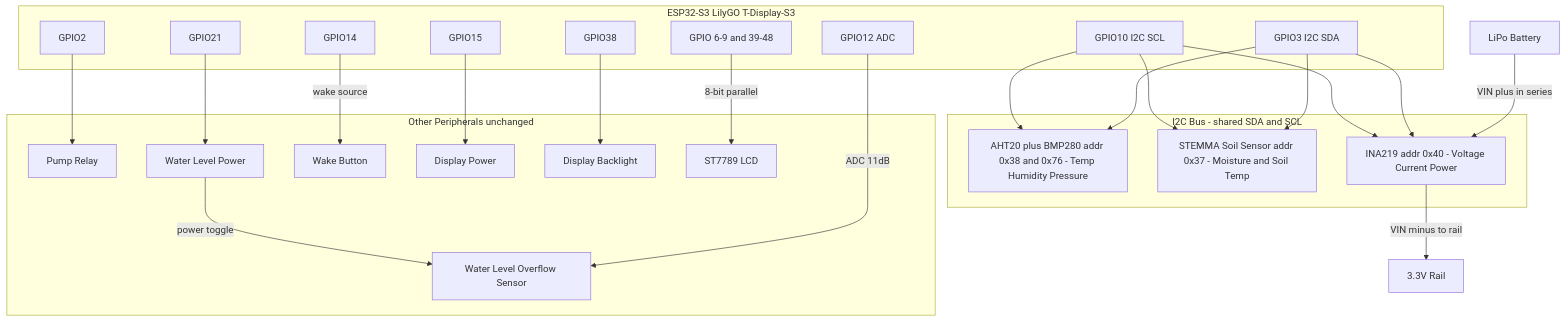
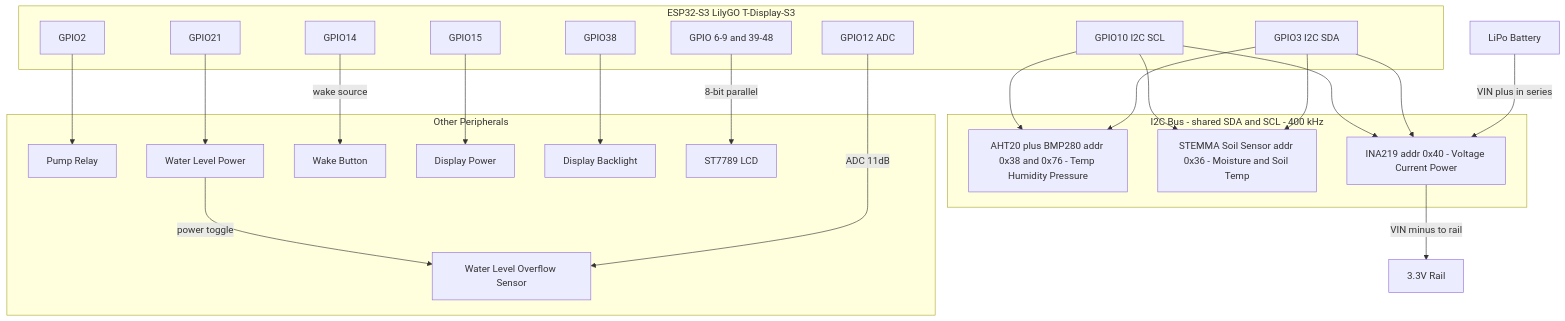
Before and after one commit to psytraxx/esp32-homecontrol-no-std-rs: the diagram in README.md, drawn with Mermaid. The commit also changed other lines of this file and 9 other files, not shown here.

````diff
--- a/README.md
+++ b/README.md
@@ -67,49 +20,49 @@
 ```mermaid
 graph TD
     subgraph MCU [ESP32-S3 LilyGO T-Display-S3]
         SDA[GPIO3 I2C SDA]
         SCL[GPIO10 I2C SCL]
         G2[GPIO2]
         G12[GPIO12 ADC]
         G14[GPIO14]
         G15[GPIO15]
         G21[GPIO21]
         G38[GPIO38]
         GDISP[GPIO 6-9 and 39-48]
     end
 
-    subgraph I2C [I2C Bus - shared SDA and SCL]
+    subgraph I2C [I2C Bus - shared SDA and SCL - 400 kHz]
         AHT[AHT20 plus BMP280 addr 0x38 and 0x76 - Temp Humidity Pressure]
-        SOIL[STEMMA Soil Sensor addr 0x37 - Moisture and Soil Temp]
+        SOIL[STEMMA Soil Sensor addr 0x36 - Moisture and Soil Temp]
         INA[INA219 addr 0x40 - Voltage Current Power]
     end
 
-    subgraph PERIPH [Other Peripherals unchanged]
+    subgraph PERIPH [Other Peripherals]
         RELAY[Pump Relay]
         WATER[Water Level Overflow Sensor]
         WPWR[Water Level Power]
         BTN[Wake Button]
         DPWR[Display Power]
         BL[Display Backlight]
         LCD[ST7789 LCD]
     end
 
     LIPO[LiPo Battery] -->|VIN plus in series| INA
     INA -->|VIN minus to rail| PWR[3.3V Rail]
 
     SDA --> AHT
     SDA --> SOIL
     SDA --> INA
     SCL --> AHT
     SCL --> SOIL
     SCL --> INA
 
     G2  --> RELAY
     G12 -->|ADC 11dB| WATER
     G21 --> WPWR
     WPWR -->|power toggle| WATER
     G14 -->|wake source| BTN
     G15 --> DPWR
     G38 --> BL
     GDISP -->|8-bit parallel| LCD
 ```
````
